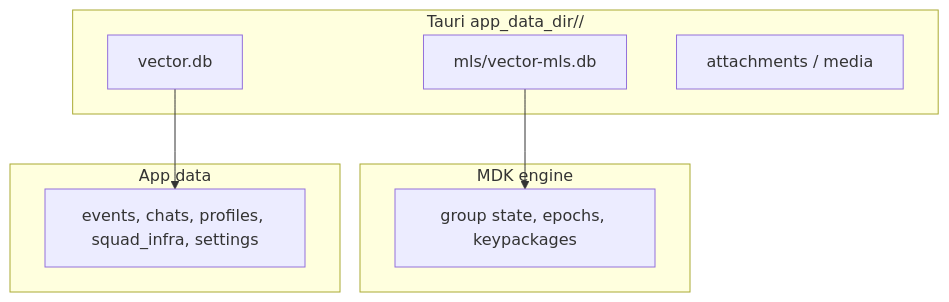
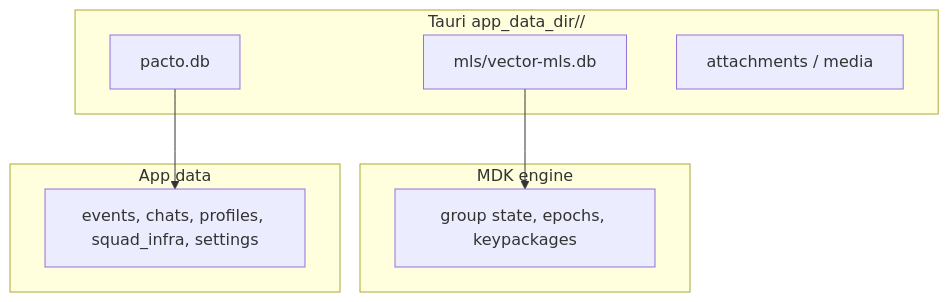
The fourth of 4 diagrams in docs/ARCHITECTURE.md (covenant-gov/pacto-app), drawn with Mermaid before and after one commit. The commit also changed other lines of this file and 14 other files, not shown here.

First line of the commit message:
refactor: rename app database from vector.db to pacto.db

````diff
--- a/docs/ARCHITECTURE.md
+++ b/docs/ARCHITECTURE.md
@@ -107,16 +107,16 @@
 ```mermaid
 flowchart TB
     subgraph Account["Tauri app_data_dir/<npub>/"]
-        A[vector.db]
+        A[pacto.db]
         B[mls/vector-mls.db]
         C[attachments / media]
     end
     subgraph Engine["MDK engine"]
         D[group state, epochs, keypackages]
     end
     subgraph AppData["App data"]
         E[events, chats, profiles, squad_infra, settings]
     end
     B --> D
     A --> E
 ```
````
